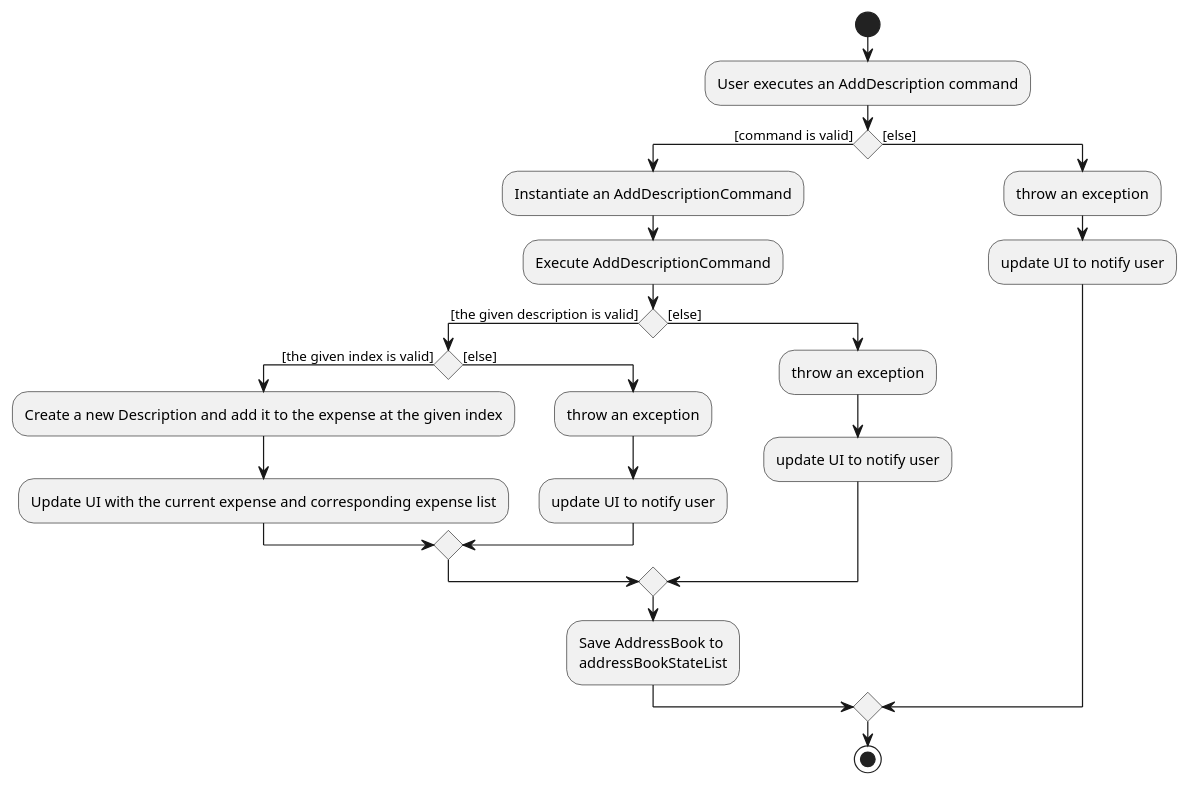
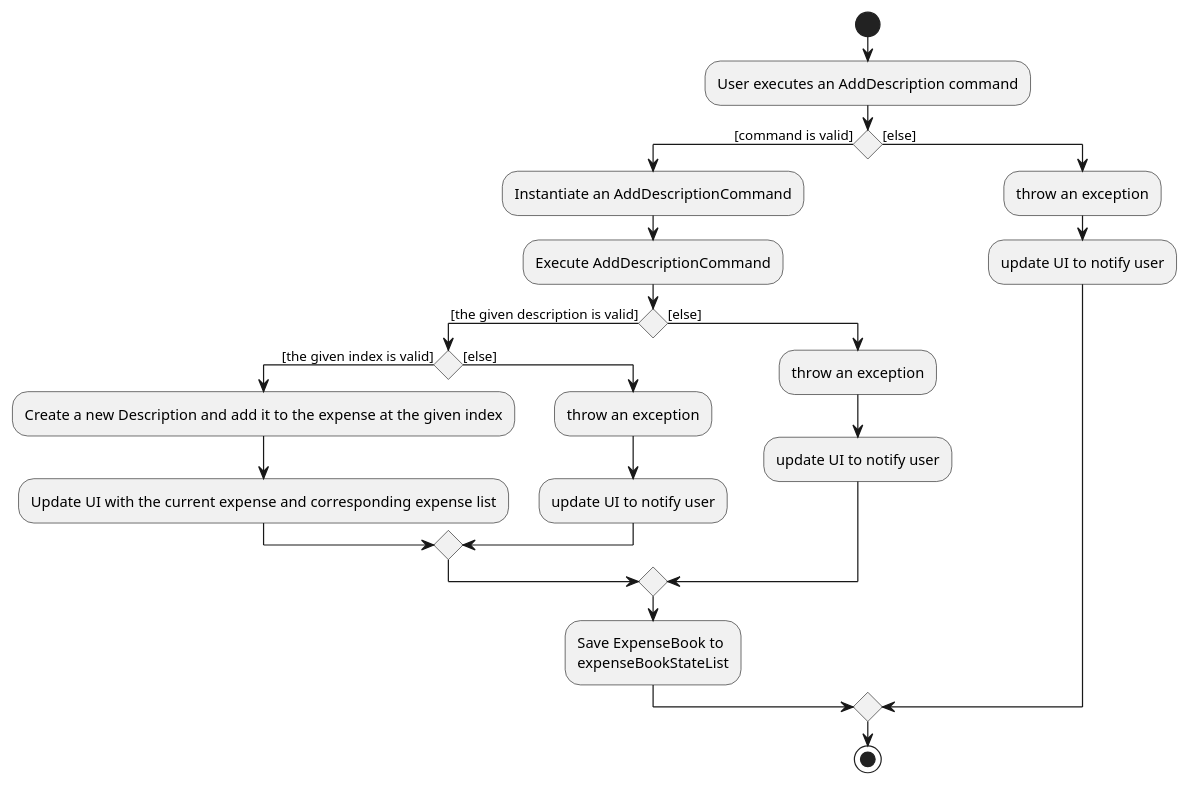
One commit to yyutong/tp changed the diagram in docs/diagrams/AddDescriptionActivityDiagram.puml. Above: the diagram before and after it, drawn with PlantUML. The commit also changed 28 other files, not shown here.

Commit message:
Edit DG and UML

```diff
--- a/docs/diagrams/AddDescriptionActivityDiagram.puml
+++ b/docs/diagrams/AddDescriptionActivityDiagram.puml
@@ -1,30 +1,30 @@
 @startuml
 start
 :User executes an AddDescription command;
 
 'Since the beta syntax does not support placing the condition outside the
 'diamond we place it as the true branch instead.
 
 if () then ([command is valid])
     :Instantiate an AddDescriptionCommand;
     :Execute AddDescriptionCommand;
     if () then ([the given description is valid])
         if () then ([the given index is valid])
             :Create a new Description and add it to the expense at the given index;
             :Update UI with the current expense and corresponding expense list;
         else ([else])
             :throw an exception;
             :update UI to notify user;
         endif
     else ([else])
         :throw an exception;
         :update UI to notify user;
     endif
-    :Save AddressBook to
-    addressBookStateList;
+    :Save ExpenseBook to
+    expenseBookStateList;
 else ([else])
     :throw an exception;
     :update UI to notify user;
 endif
 stop
 @enduml
```
